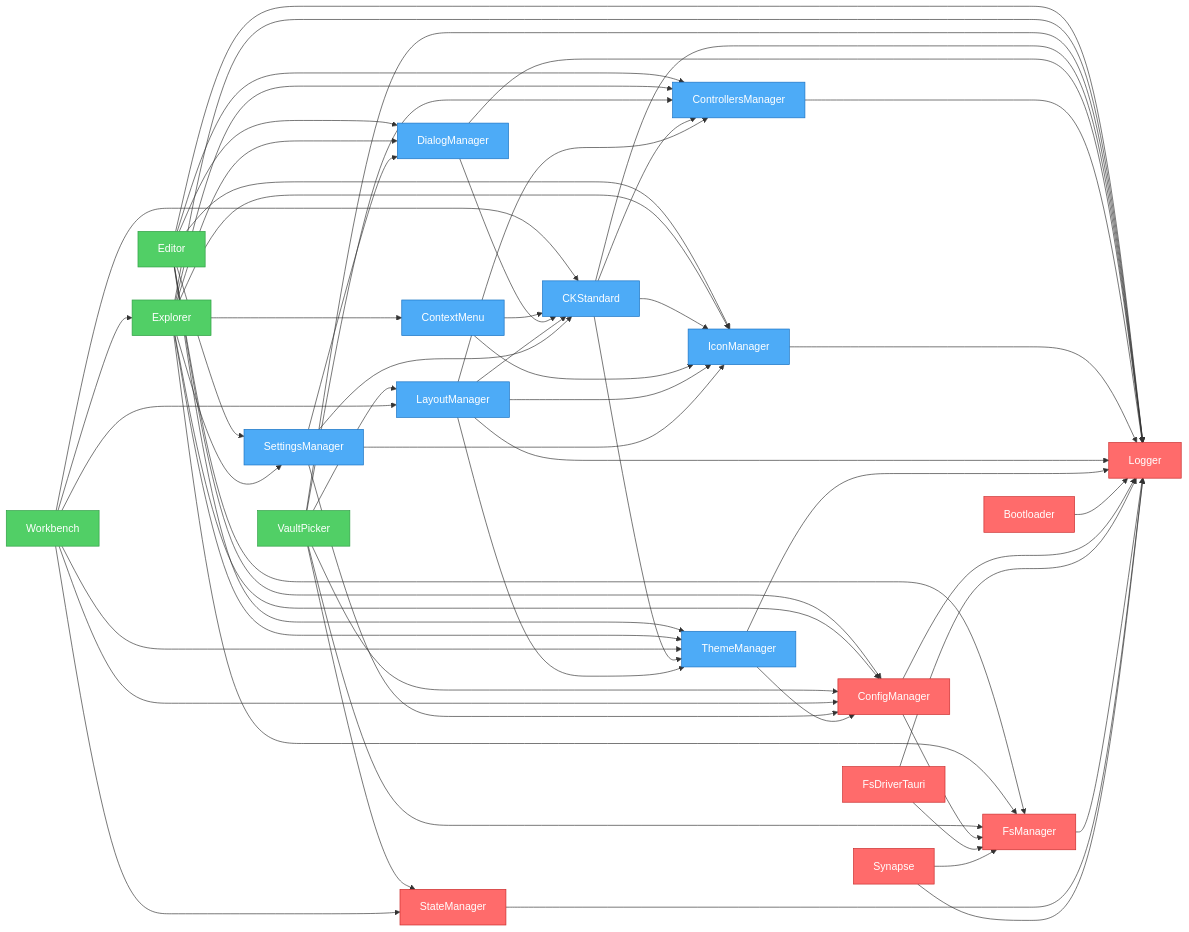
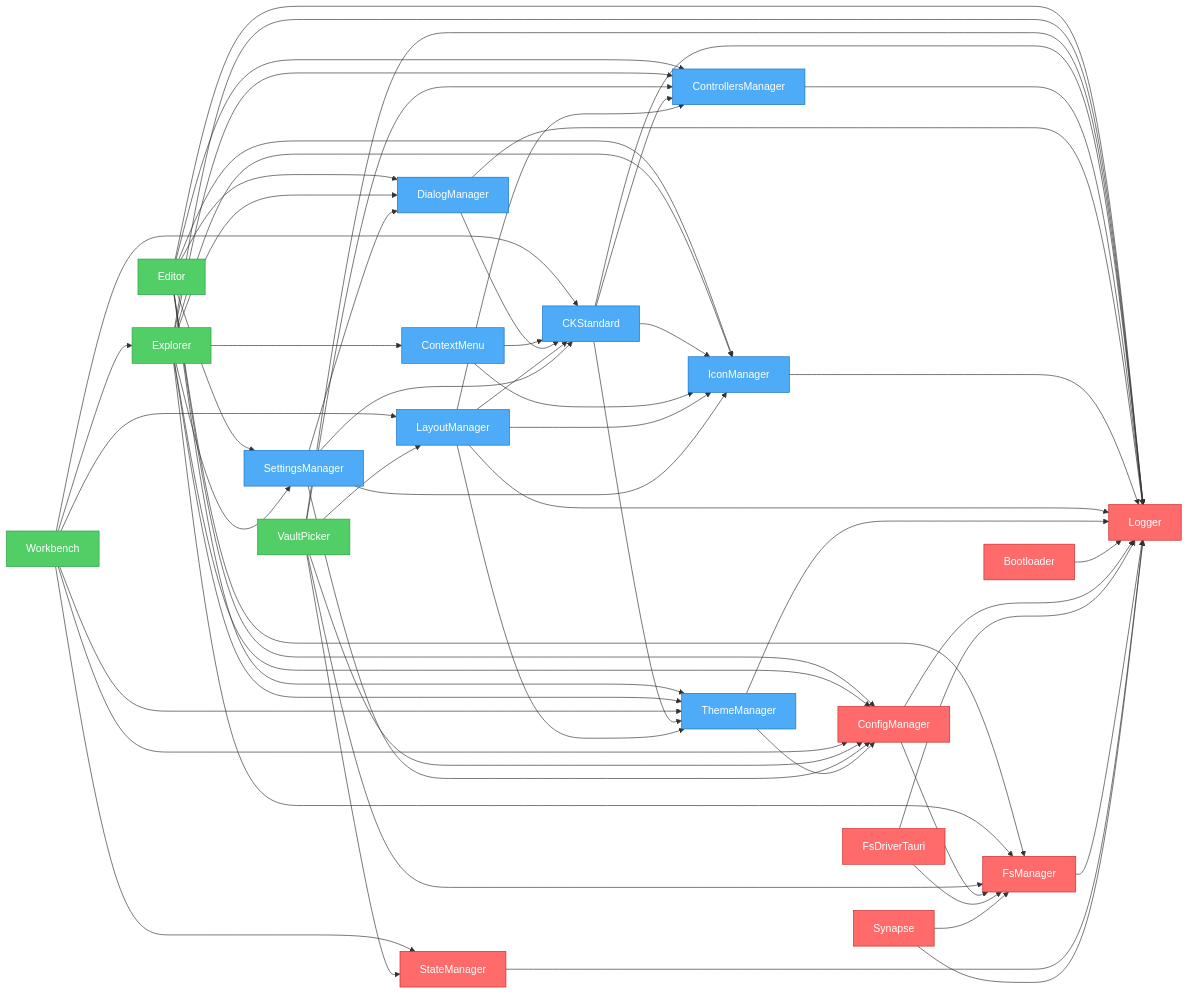
The diagram in artifacts/graph.mmd (khton-tech/notehub.md), drawn with Mermaid before and after one commit. The commit also changed 28 other files, not shown here.

```diff
--- a/artifacts/graph.mmd
+++ b/artifacts/graph.mmd
@@ -1,88 +1,88 @@
 flowchart LR
     nh_features_editor["Editor"]
     nh_features_explorer["Explorer"]
+    nh_features_workbench["Workbench"]
     nh_features_vault-picker["VaultPicker"]
-    nh_features_workbench["Workbench"]
     nh_ui_ck-standard["CKStandard"]
     nh_ui_context-menu["ContextMenu"]
+    nh_ui_controllers-manager["ControllersManager"]
     nh_ui_dialog-manager["DialogManager"]
-    nh_ui_controllers-manager["ControllersManager"]
     nh_ui_icon-manager["IconManager"]
     nh_ui_layout-manager["LayoutManager"]
     nh_ui_settings-manager["SettingsManager"]
     nh_ui_theme-manager["ThemeManager"]
     nh_system_bootloader["Bootloader"]
     nh_system_config-manager["ConfigManager"]
     nh_system_fs-driver-tauri["FsDriverTauri"]
     nh_system_fs-manager["FsManager"]
     nh_system_logger["Logger"]
     nh_system_state-manager["StateManager"]
     nh_system_synapse["Synapse"]
     nh_features_editor --> nh_system_config-manager
     nh_features_editor --> nh_ui_settings-manager
     nh_features_editor --> nh_system_fs-manager
     nh_features_editor --> nh_system_logger
     nh_features_editor --> nh_ui_controllers-manager
     nh_features_editor --> nh_ui_dialog-manager
     nh_features_editor --> nh_ui_icon-manager
     nh_features_editor --> nh_ui_theme-manager
     nh_features_explorer --> nh_system_config-manager
     nh_features_explorer --> nh_ui_settings-manager
     nh_features_explorer --> nh_system_fs-manager
     nh_features_explorer --> nh_system_logger
     nh_features_explorer --> nh_ui_controllers-manager
     nh_features_explorer --> nh_ui_icon-manager
     nh_features_explorer --> nh_ui_theme-manager
     nh_features_explorer --> nh_ui_context-menu
     nh_features_explorer --> nh_ui_dialog-manager
+    nh_features_workbench --> nh_system_config-manager
+    nh_features_workbench --> nh_ui_layout-manager
+    nh_features_workbench --> nh_ui_theme-manager
+    nh_features_workbench --> nh_ui_ck-standard
+    nh_features_workbench --> nh_system_state-manager
+    nh_features_workbench --> nh_features_explorer
     nh_features_vault-picker --> nh_system_fs-manager
     nh_features_vault-picker --> nh_system_config-manager
     nh_features_vault-picker --> nh_system_state-manager
     nh_features_vault-picker --> nh_system_logger
     nh_features_vault-picker --> nh_ui_controllers-manager
     nh_features_vault-picker --> nh_ui_layout-manager
-    nh_features_workbench --> nh_system_config-manager
-    nh_features_workbench --> nh_ui_layout-manager
-    nh_features_workbench --> nh_ui_theme-manager
-    nh_features_workbench --> nh_ui_ck-standard
-    nh_features_workbench --> nh_system_state-manager
-    nh_features_workbench --> nh_features_explorer
     nh_ui_ck-standard --> nh_system_logger
     nh_ui_ck-standard --> nh_ui_controllers-manager
     nh_ui_ck-standard --> nh_ui_icon-manager
     nh_ui_ck-standard --> nh_ui_theme-manager
     nh_ui_context-menu --> nh_ui_icon-manager
     nh_ui_context-menu --> nh_ui_ck-standard
+    nh_ui_controllers-manager --> nh_system_logger
     nh_ui_dialog-manager --> nh_system_logger
     nh_ui_dialog-manager --> nh_ui_ck-standard
-    nh_ui_controllers-manager --> nh_system_logger
     nh_ui_icon-manager --> nh_system_logger
     nh_ui_layout-manager --> nh_system_logger
     nh_ui_layout-manager --> nh_ui_theme-manager
     nh_ui_layout-manager --> nh_ui_icon-manager
     nh_ui_layout-manager --> nh_ui_controllers-manager
     nh_ui_layout-manager --> nh_ui_ck-standard
     nh_ui_settings-manager --> nh_system_config-manager
     nh_ui_settings-manager --> nh_ui_ck-standard
     nh_ui_settings-manager --> nh_ui_icon-manager
     nh_ui_settings-manager --> nh_ui_dialog-manager
     nh_ui_theme-manager --> nh_system_logger
     nh_ui_theme-manager --> nh_system_config-manager
     nh_system_bootloader --> nh_system_logger
     nh_system_config-manager --> nh_system_logger
     nh_system_config-manager --> nh_system_fs-manager
     nh_system_fs-driver-tauri --> nh_system_logger
     nh_system_fs-driver-tauri --> nh_system_fs-manager
     nh_system_fs-manager --> nh_system_logger
     nh_system_state-manager --> nh_system_logger
     nh_system_synapse --> nh_system_fs-manager
     nh_system_synapse --> nh_system_logger
 
     %% Styles
     classDef system fill:#ff6b6b,stroke:#c92a2a,color:#fff
     classDef ui fill:#4dabf7,stroke:#1971c2,color:#fff
     classDef feature fill:#51cf66,stroke:#2f9e44,color:#fff
     class nh_features_editor,nh_features_explorer,nh_features_workbench feature
     class nh_features_vault-picker feature
-    class nh_ui_ck-standard,nh_ui_context-menu,nh_ui_dialog-manager,nh_ui_controllers-manager,nh_ui_icon-manager,nh_ui_layout-manager,nh_ui_settings-manager,nh_ui_theme-manager ui
+    class nh_ui_ck-standard,nh_ui_context-menu,nh_ui_controllers-manager,nh_ui_dialog-manager,nh_ui_icon-manager,nh_ui_layout-manager,nh_ui_settings-manager,nh_ui_theme-manager ui
     class nh_system_bootloader,nh_system_config-manager,nh_system_fs-driver-tauri,nh_system_fs-manager,nh_system_logger,nh_system_state-manager,nh_system_synapse system
```
